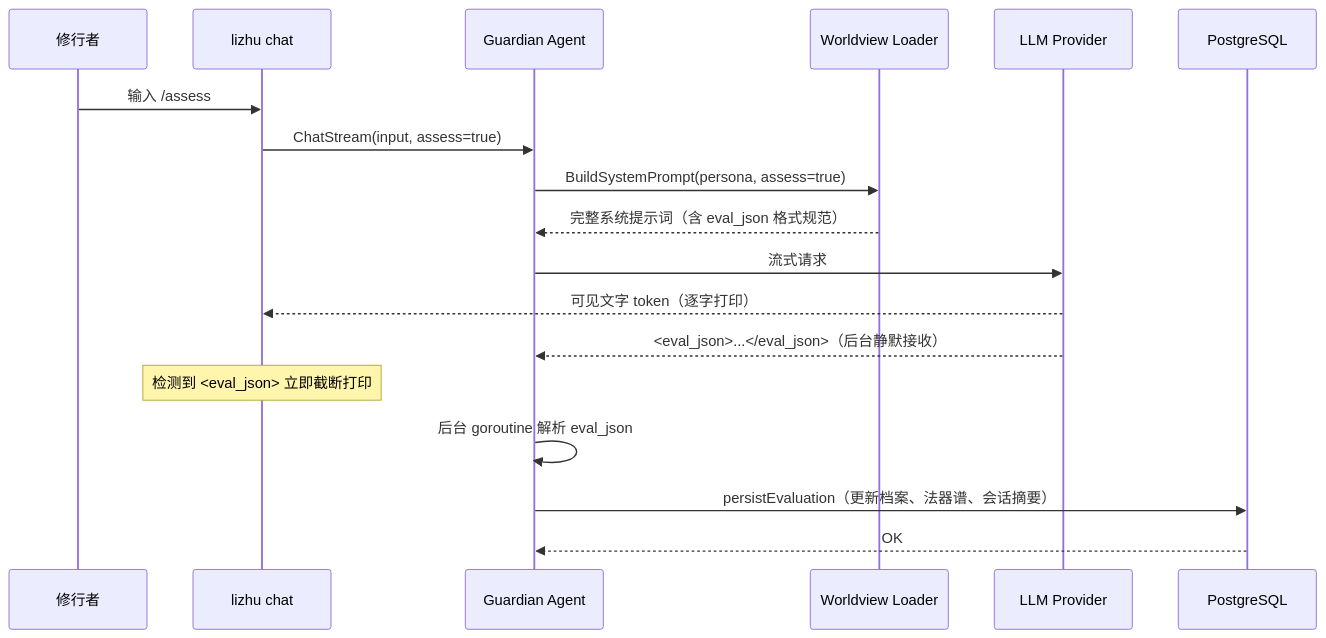
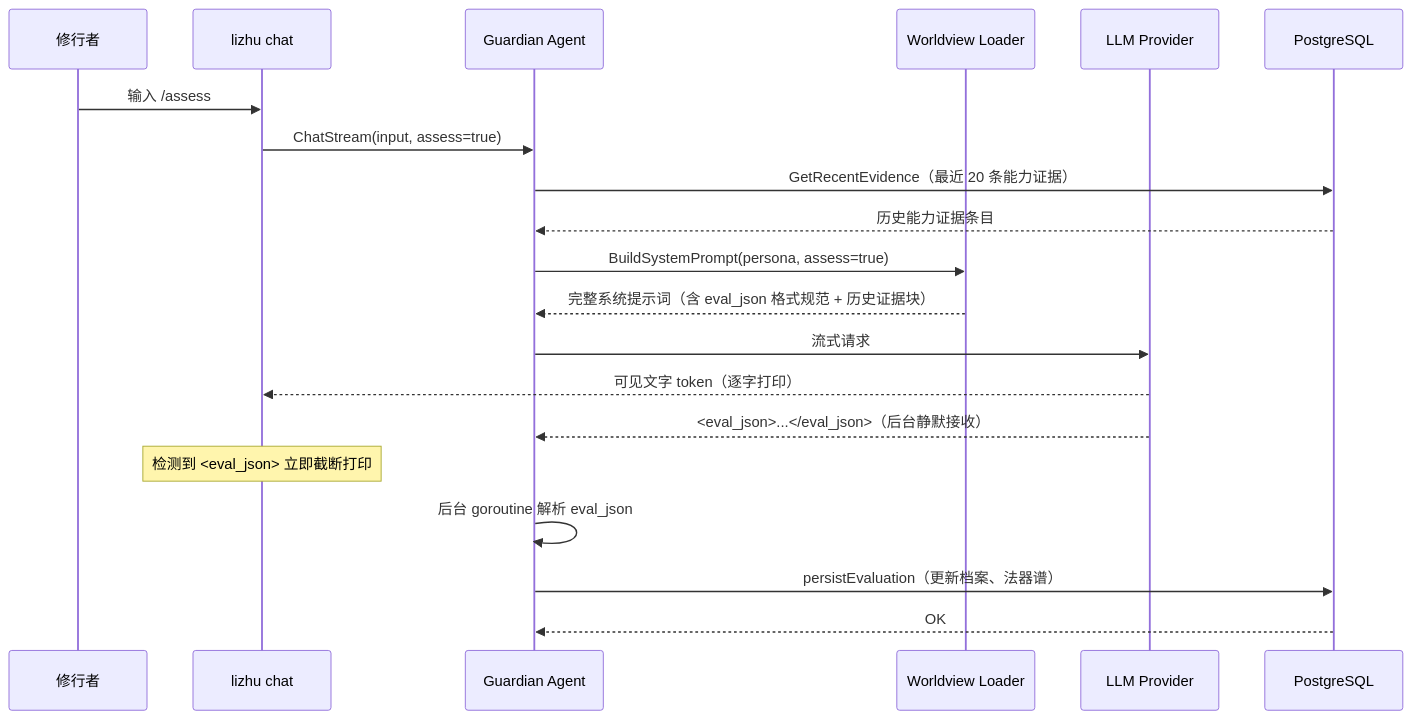
Before and after one commit to YuehaoDai/Lizhu: the second of 3 diagrams in README.md, drawn with Mermaid. The commit also changed other lines of this file and 12 other files, not shown here.

````diff
--- a/README.md
+++ b/README.md
@@ -117,21 +129,23 @@
 ```mermaid
 sequenceDiagram
     participant U as 修行者
     participant CLI as lizhu chat
     participant GA as Guardian Agent
     participant WL as Worldview Loader
     participant LLM as LLM Provider
     participant DB as PostgreSQL
 
     U->>CLI: 输入 /assess
     CLI->>GA: ChatStream(input, assess=true)
+    GA->>DB: GetRecentEvidence（最近 20 条能力证据）
+    DB-->>GA: 历史能力证据条目
     GA->>WL: BuildSystemPrompt(persona, assess=true)
-    WL-->>GA: 完整系统提示词（含 eval_json 格式规范）
+    WL-->>GA: 完整系统提示词（含 eval_json 格式规范 + 历史证据块）
     GA->>LLM: 流式请求
     LLM-->>CLI: 可见文字 token（逐字打印）
     LLM-->>GA: <eval_json>...</eval_json>（后台静默接收）
     Note over CLI: 检测到 <eval_json> 立即截断打印
     GA->>GA: 后台 goroutine 解析 eval_json
-    GA->>DB: persistEvaluation（更新档案、法器谱、会话摘要）
+    GA->>DB: persistEvaluation（更新档案、法器谱）
     DB-->>GA: OK
 ```
````
